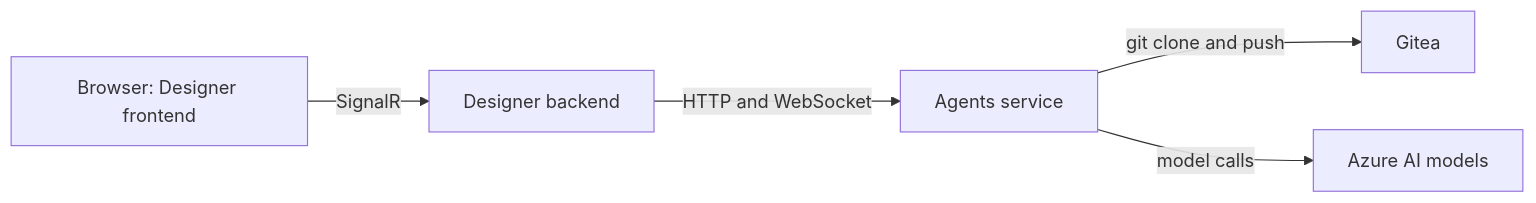
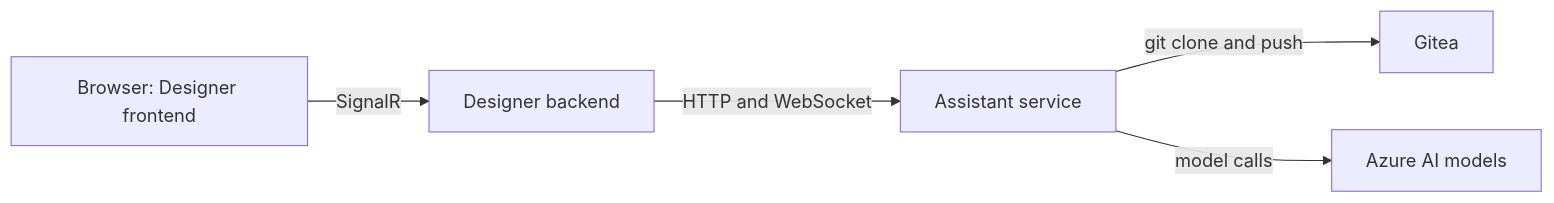
Before and after one commit to Altinn/altinn-studio: the first of 10 diagrams in src/AI/assistant/docs/2-system-context.md, drawn with Mermaid. The commit also changed other lines of this file and 11 other files, not shown here.

First line of the commit message:
docs(assistant): call the service the "assistant service"

````diff
--- a/src/AI/assistant/docs/2-system-context.md
+++ b/src/AI/assistant/docs/2-system-context.md
@@ -14,7 +14,7 @@
 ```mermaid
 flowchart LR
   B["Browser: Designer frontend"] -->|SignalR| D["Designer backend"]
-  D -->|HTTP and WebSocket| A["Agents service"]
+  D -->|HTTP and WebSocket| A["Assistant service"]
   A -->|git clone and push| G["Gitea"]
   A -->|model calls| L["Azure AI models"]
 ```
````
